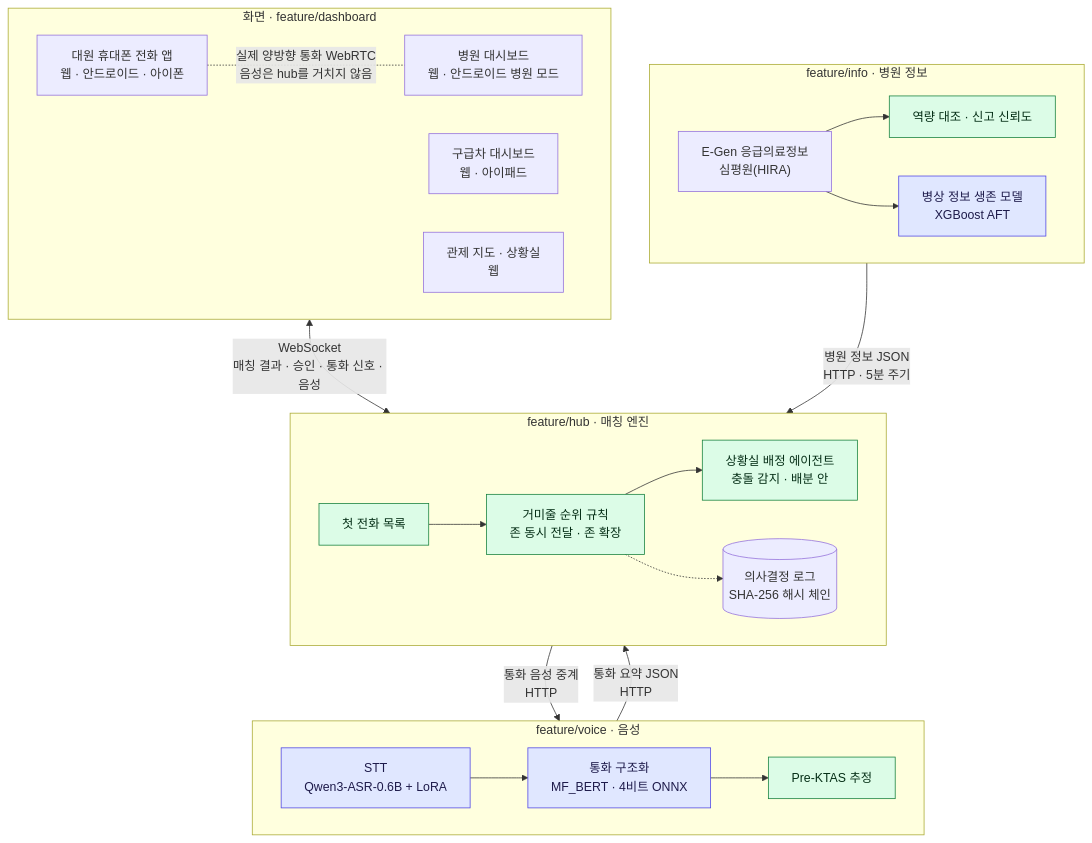
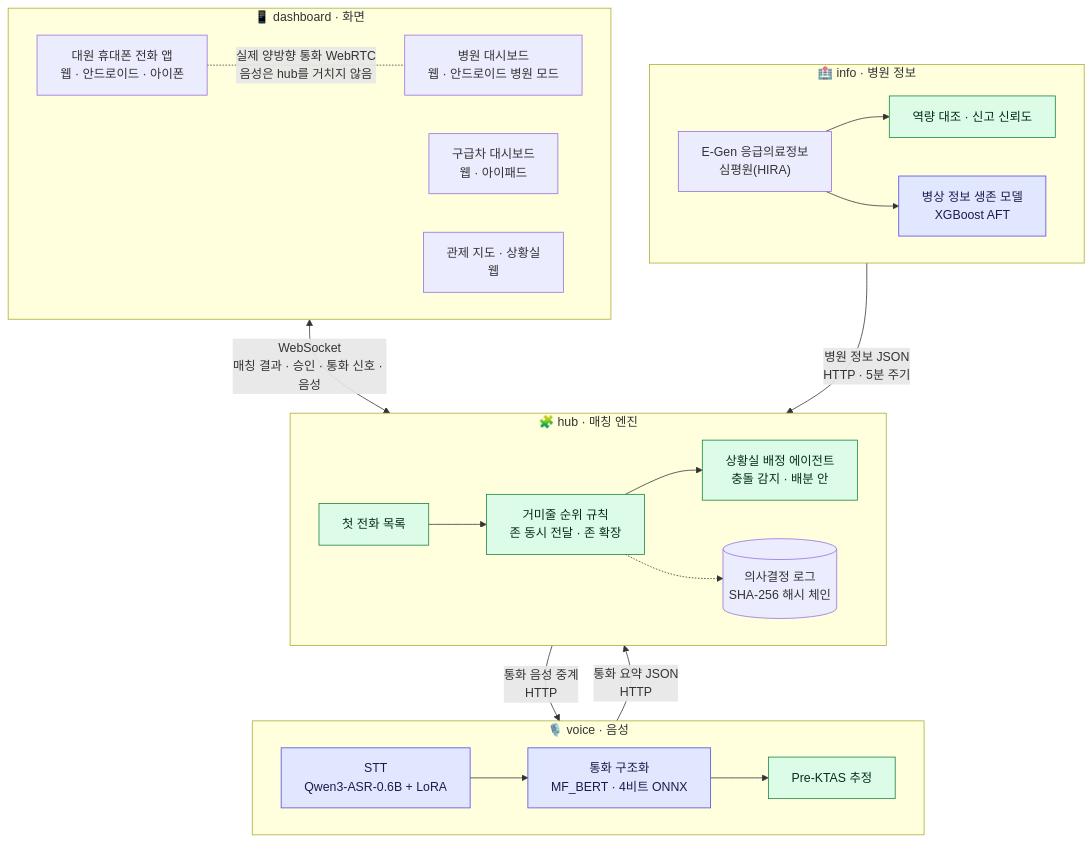
The diagram in README.md (podongchip-stack/AIRookie), drawn with Mermaid before and after one commit. The commit also changed other lines of this file, not shown here.

````diff
--- a/README.md
+++ b/README.md
@@ -79,38 +62,38 @@
 ```mermaid
 flowchart TB
-    subgraph C["화면 · feature/dashboard"]
+    subgraph C["📱 dashboard · 화면"]
         direction LR
         PHONE["대원 휴대폰 전화 앱<br/>웹 · 안드로이드 · 아이폰"]
         AMB["구급차 대시보드<br/>웹 · 아이패드"]
         HOS["병원 대시보드<br/>웹 · 안드로이드 병원 모드"]
         MAP["관제 지도 · 상황실<br/>웹"]
     end
 
-    subgraph V["feature/voice · 음성"]
+    subgraph V["🎙️ voice · 음성"]
         direction LR
         STT["STT<br/>Qwen3-ASR-0.6B + LoRA"] --> MF["통화 구조화<br/>MF_BERT · 4비트 ONNX"] --> PK["Pre-KTAS 추정"]
     end
 
-    subgraph I["feature/info · 병원 정보"]
+    subgraph I["🏥 info · 병원 정보"]
         direction LR
         SRC["E-Gen 응급의료정보<br/>심평원(HIRA)"] --> CAP["역량 대조 · 신고 신뢰도"]
         SRC --> SURV["병상 정보 생존 모델<br/>XGBoost AFT"]
     end
 
-    subgraph H["feature/hub · 매칭 엔진"]
+    subgraph H["🧩 hub · 매칭 엔진"]
         direction LR
         FC["첫 전화 목록"] --> SP["거미줄 순위 규칙<br/>존 동시 전달 · 존 확장"] --> AG["상황실 배정 에이전트<br/>충돌 감지 · 배분 안"]
         SP -.-> LOG[("의사결정 로그<br/>SHA-256 해시 체인")]
     end
 
     C <-->|"WebSocket<br/>매칭 결과 · 승인 · 통화 신호 · 음성"| H
     H -->|"통화 음성 중계<br/>HTTP"| V
     V -->|"통화 요약 JSON<br/>HTTP"| H
     I -->|"병원 정보 JSON<br/>HTTP · 5분 주기"| H
     PHONE -.-|"실제 양방향 통화 WebRTC<br/>음성은 hub를 거치지 않음"| HOS
 
     classDef ai fill:#e0e7ff,stroke:#4f46e5,color:#1e1b4b
     classDef rule fill:#dcfce7,stroke:#15803d,color:#052e16
     class STT,MF,SURV ai
     class PK,CAP,FC,SP,AG rule
 ```
````
